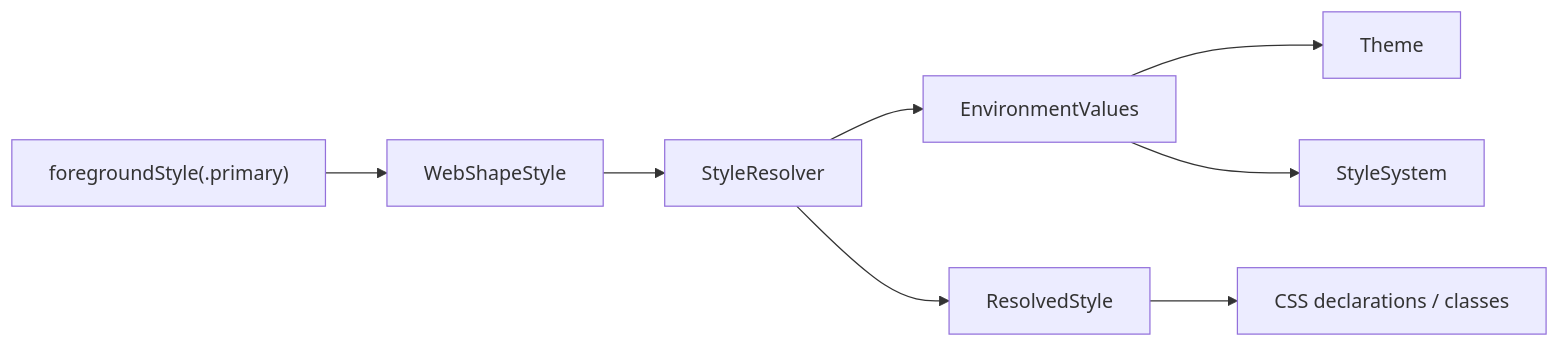
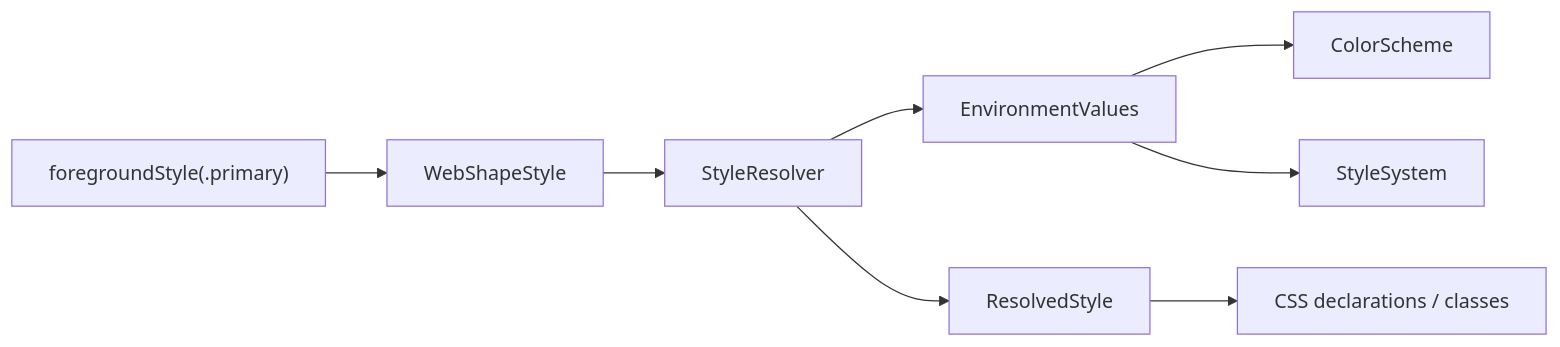
The fourth of 5 diagrams in docs/SwiftWebUICoreDesign.md (1amageek/swift-web), drawn with Mermaid before and after one commit. The commit also changed other lines of this file and 85 other files, not shown here.

````diff
--- a/docs/SwiftWebUICoreDesign.md
+++ b/docs/SwiftWebUICoreDesign.md
@@ -169,10 +169,10 @@
 ```mermaid
 flowchart LR
     A["foregroundStyle(.primary)"] --> B["WebShapeStyle"]
     B --> C["StyleResolver"]
     C --> D["EnvironmentValues"]
-    D --> E["Theme"]
+    D --> E["ColorScheme"]
     D --> F["StyleSystem"]
     C --> G["ResolvedStyle"]
     G --> H["CSS declarations / classes"]
 ```
````
